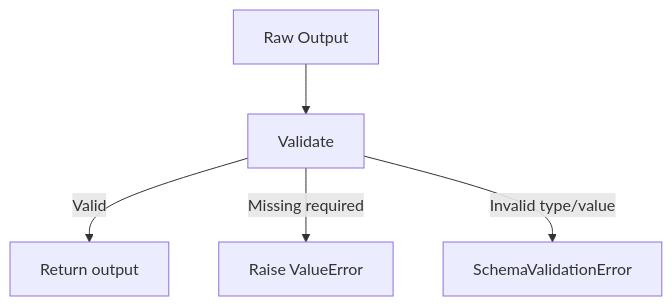
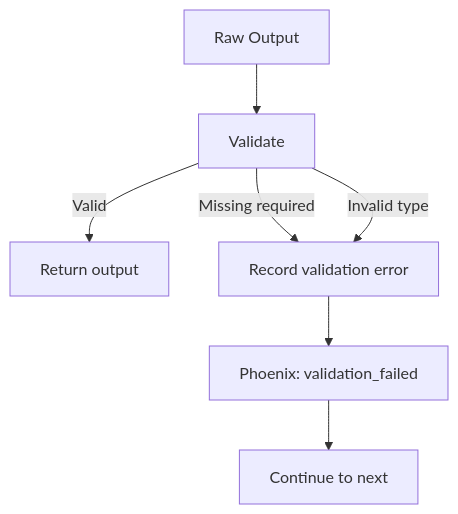
One commit to anguyenbus/eval-harness changed the fifth of 6 diagrams in docs/design/002-data-flow-detailed.md. Above: the diagram before and after it, drawn with Mermaid. The commit also changed other lines of this file and 4 other files, not shown here.

````diff
--- a/docs/design/002-data-flow-detailed.md
+++ b/docs/design/002-data-flow-detailed.md
@@ -235,7 +230,9 @@
 ```mermaid
 flowchart TD
     A[Raw Output] --> B[Validate]
     B -->|Valid| C[Return output]
-    B -->|Missing required| D[Raise ValueError]
-    B -->|Invalid type/value| E[SchemaValidationError]
+    B -->|Missing required| D[Record validation error]
+    B -->|Invalid type| D
+    D --> E[Phoenix: validation_failed]
+    E --> F[Continue to next]
 ```
````
